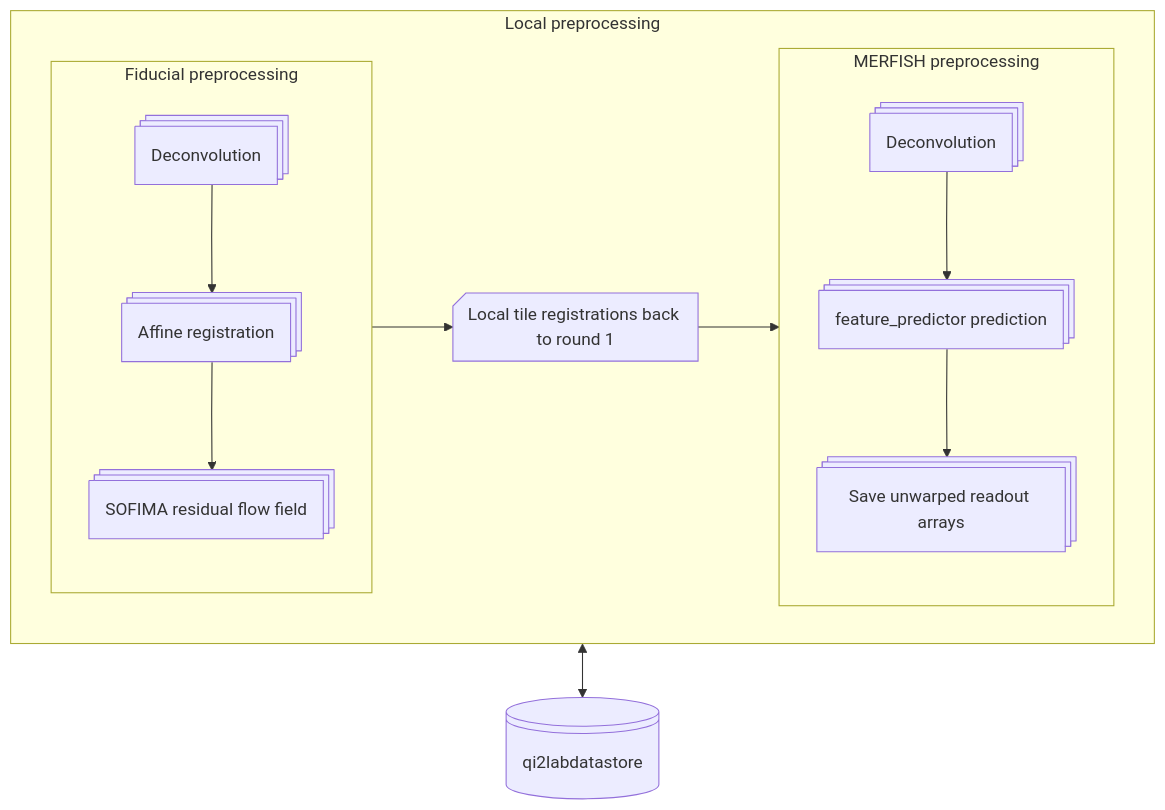
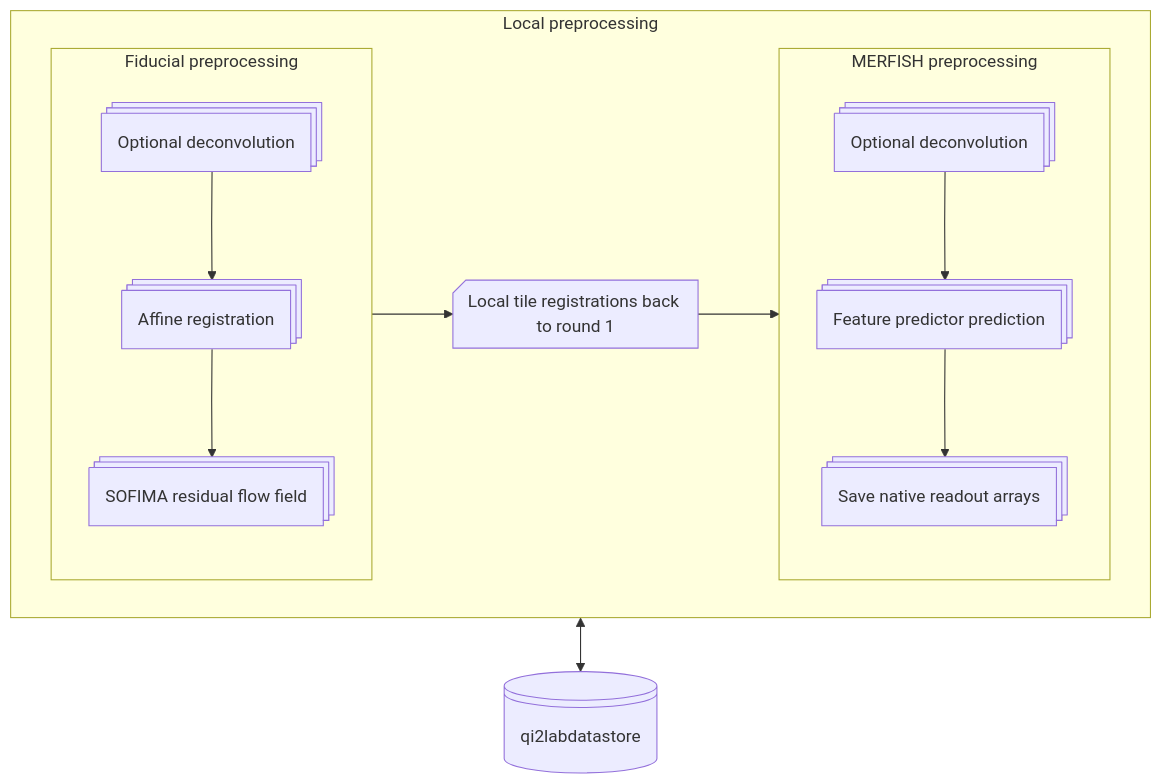
One commit to QI2lab/merfish3d-analysis changed the third of 6 diagrams in docs/workflow.md. Above: the diagram before and after it, drawn with Mermaid. The commit also changed other lines of this file and 21 other files, not shown here.

````diff
--- a/docs/workflow.md
+++ b/docs/workflow.md
@@ -60,36 +60,36 @@
 ```mermaid
 %%{init: { "theme": "default", "themeVariables": { "htmlLabels": true, "curve": "linear", "layout": "elk" } } }%%
 flowchart TD
  subgraph s2["MERFISH preprocessing"]
-        n17["Deconvolution"]
-        n18["feature_predictor prediction"]
-        n19["Save unwarped readout arrays"]
+        n17["Optional deconvolution"]
+        n18["Feature predictor prediction"]
+        n19["Save native readout arrays"]
   end
  subgraph s3["Fiducial preprocessing"]
-        n14["Deconvolution"]
+        n14["Optional deconvolution"]
         n15["Affine registration"]
         n16["SOFIMA residual flow field"]
   end
  subgraph s1["Local preprocessing"]
         s2
         s3
         n1["Local tile registrations back to round 1"]
   end
   n13["qi2labdatastore"]
    
     s3 --> n1
     n1 --> s2
     s1 <--> n13
     n14 --> n15
     n15 --> n16
     n17 --> n18
     n18 --> n19
     n1@{ shape: notch-rect}
     n13@{ shape: lin-cyl}
     n14@{ shape: procs}
     n15@{ shape: procs}
     n16@{ shape: procs}
     n17@{ shape: procs}
     n18@{ shape: procs}
     n19@{ shape: procs}
 ```
````
